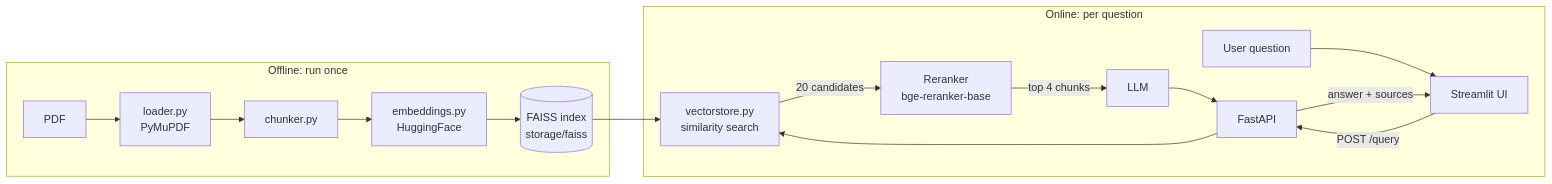
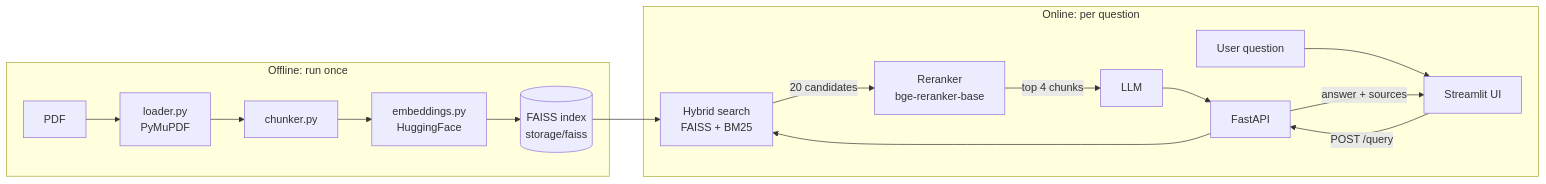
One commit to mariamesaid/DocuMind-RAG changed the diagram in README.md. Above: the diagram before and after it, drawn with Mermaid. The commit also changed other lines of this file, not shown here.

````diff
--- a/README.md
+++ b/README.md
@@ -23,20 +24,20 @@
 ```mermaid
 flowchart LR
     subgraph Ingestion [Offline: run once]
         A[PDF] --> B[loader.py<br/>PyMuPDF]
         B --> C[chunker.py]
         C --> D[embeddings.py<br/>HuggingFace]
         D --> E[(FAISS index<br/>storage/faiss)]
     end
 
     subgraph Serving [Online: per question]
         Q[User question] --> UI[Streamlit UI]
         UI -->|POST /query| API[FastAPI]
-        API --> V[vectorstore.py<br/>similarity search]
+        API --> V[Hybrid search<br/>FAISS + BM25]
         E --> V
         V -->|20 candidates| R[Reranker<br/>bge-reranker-base]
         R -->|top 4 chunks| L[LLM]
         L --> API
         API -->|answer + sources| UI
     end
 ```
````
